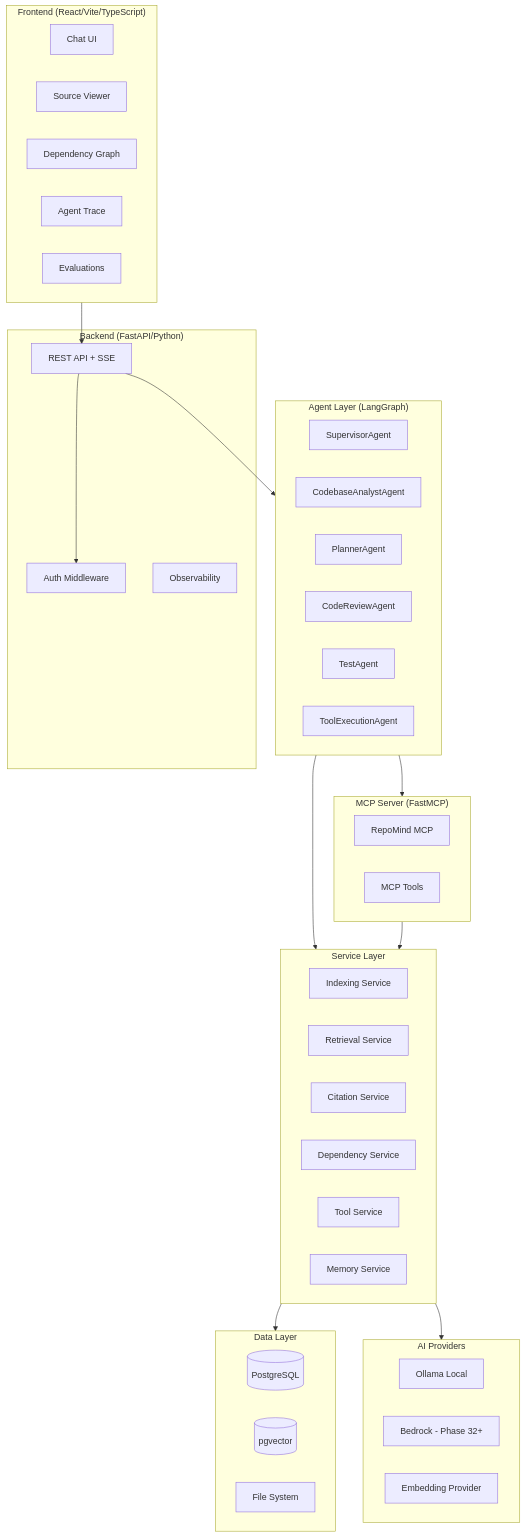
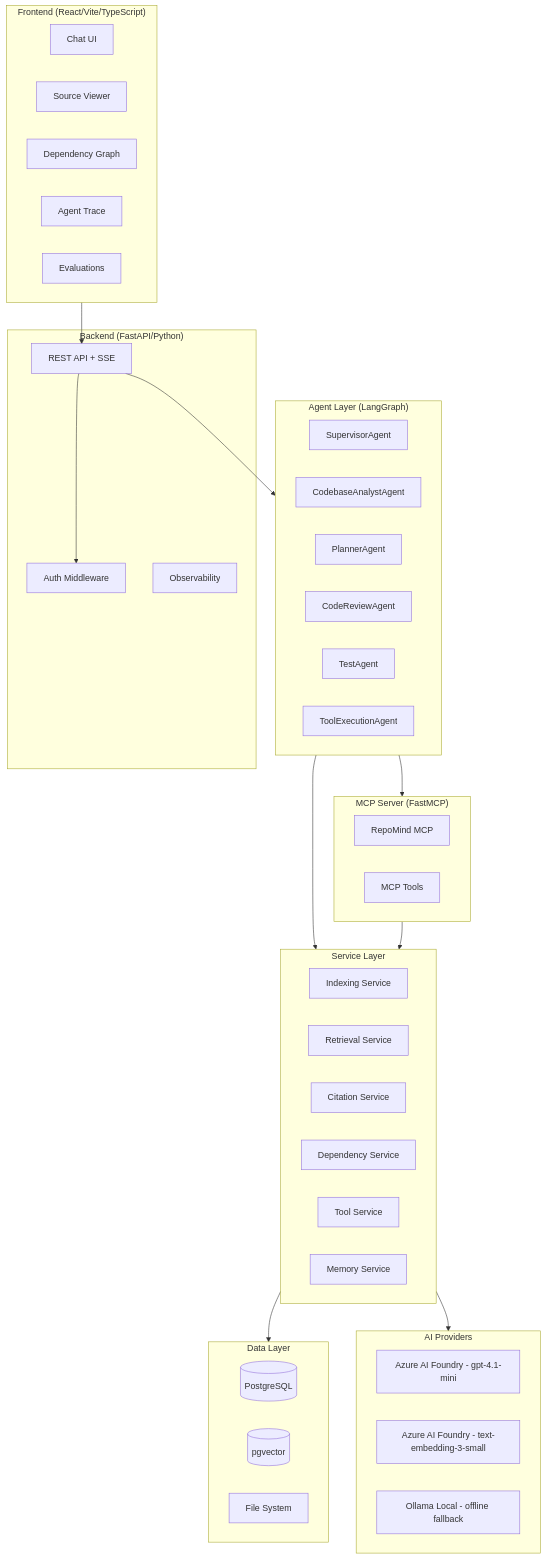
Before and after one commit to Abdurrehman0815/repomind-ai: the first of 5 diagrams in docs/ARCHITECTURE.md, drawn with Mermaid. The commit also changed other lines of this file and 68 other files, not shown here.

````diff
--- a/docs/ARCHITECTURE.md
+++ b/docs/ARCHITECTURE.md
@@ -12,60 +12,60 @@
 ```mermaid
 graph TB
     subgraph Frontend["Frontend (React/Vite/TypeScript)"]
         UI[Chat UI]
         SV[Source Viewer]
         DG[Dependency Graph]
         AT[Agent Trace]
         EV[Evaluations]
     end
 
     subgraph Backend["Backend (FastAPI/Python)"]
         API[REST API + SSE]
         AUTH[Auth Middleware]
         OBS[Observability]
     end
 
     subgraph AgentLayer["Agent Layer (LangGraph)"]
         SUP[SupervisorAgent]
         CA[CodebaseAnalystAgent]
         PL[PlannerAgent]
         CR[CodeReviewAgent]
         TA[TestAgent]
         TE[ToolExecutionAgent]
     end
 
     subgraph MCPServer["MCP Server (FastMCP)"]
         MCP[RepoMind MCP]
         MT[MCP Tools]
     end
 
     subgraph Services["Service Layer"]
         IS[Indexing Service]
         RS[Retrieval Service]
         CS[Citation Service]
         DS[Dependency Service]
         TS[Tool Service]
         MS[Memory Service]
     end
 
     subgraph DataLayer["Data Layer"]
         PG[(PostgreSQL)]
         VEC[(pgvector)]
         FS[File System]
     end
 
     subgraph AIProviders["AI Providers"]
-        OL[Ollama Local]
-        BR[Bedrock - Phase 32+]
-        EM[Embedding Provider]
+        AZ[Azure AI Foundry - gpt-4.1-mini]
+        AZE[Azure AI Foundry - text-embedding-3-small]
+        OL[Ollama Local - offline fallback]
     end
 
     Frontend --> API
     API --> AUTH
     API --> AgentLayer
     AgentLayer --> Services
     AgentLayer --> MCPServer
     MCPServer --> Services
     Services --> DataLayer
     Services --> AIProviders
 ```
````
